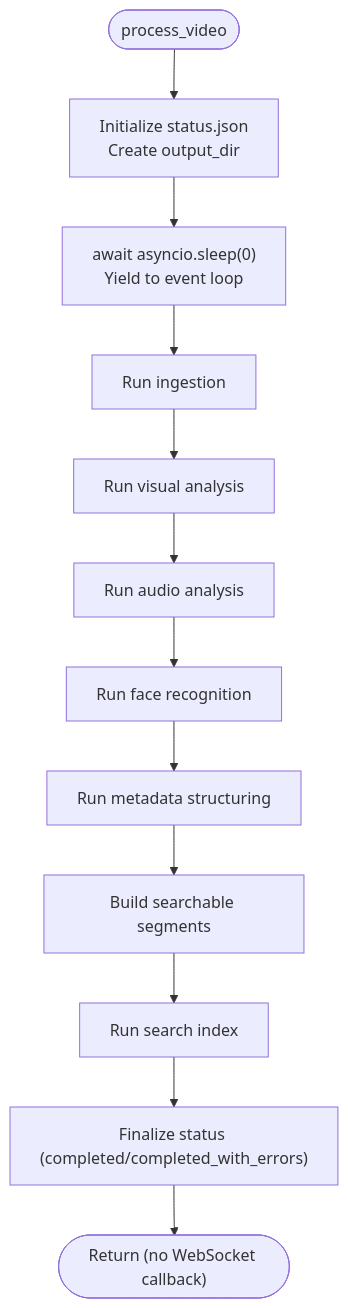
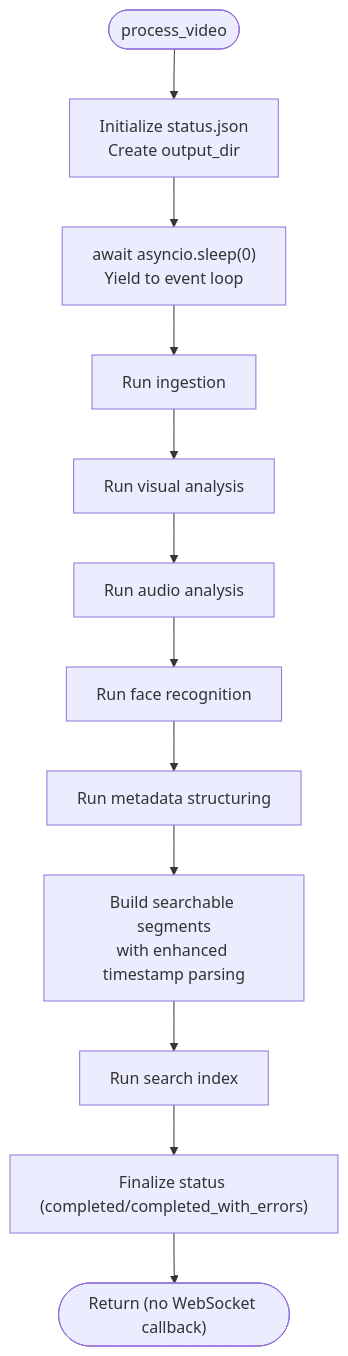
The third of 5 diagrams in .qoder/repowiki/en/content/Media Processing Pipeline/Media Processing Pipeline.md (alexandreybasta-cyber/dubai-media-ai), drawn with Mermaid before and after one commit. The commit also changed other lines of this file and 55 other files, not shown here.

````diff
--- a/.qoder/repowiki/en/content/Media Processing Pipeline/Media Processing Pipeline.md
+++ b/.qoder/repowiki/en/content/Media Processing Pipeline/Media Processing Pipeline.md
@@ -221,14 +238,14 @@
 ```mermaid
 flowchart TD
 Start(["process_video"]) --> Init["Initialize status.json<br/>Create output_dir"]
 Init --> Yield["await asyncio.sleep(0)<br/>Yield to event loop"]
 Yield --> Stage1["Run ingestion"]
 Stage1 --> Stage2["Run visual analysis"]
 Stage2 --> Stage3["Run audio analysis"]
 Stage3 --> Stage4["Run face recognition"]
 Stage4 --> Stage5["Run metadata structuring"]
-Stage5 --> Segments["Build searchable segments"]
+Stage5 --> Segments["Build searchable segments<br/>with enhanced timestamp parsing"]
 Segments --> Stage6["Run search index"]
 Stage6 --> Finalize["Finalize status (completed/completed_with_errors)"]
 Finalize --> Done(["Return (no WebSocket callback)"])
 ```
````
